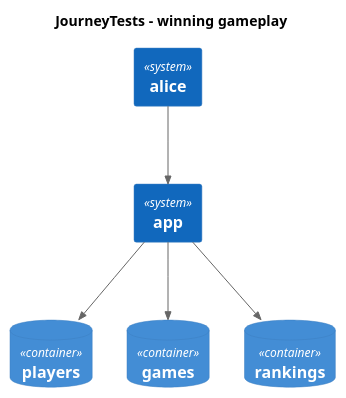
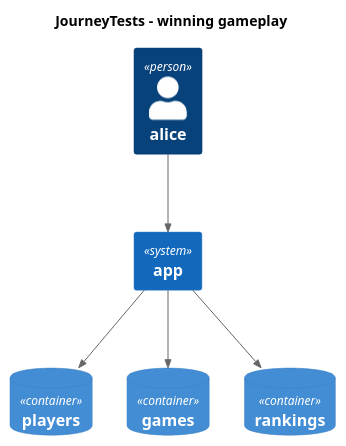
The diagram in docs/system/generated/JourneyTests - winning gameplay - Interactions.puml (th3n3rd/http4k-playground), drawn with PlantUML before and after one commit. The commit also changed 4 other files, not shown here.

Commit message:
Fix generated diagrams by adding tags to metadata so to mark players' traces

```diff
--- a/docs/system/generated/JourneyTests - winning gameplay - Interactions.puml
+++ b/docs/system/generated/JourneyTests - winning gameplay - Interactions.puml
@@ -1,16 +1,16 @@
 @startuml
 title JourneyTests - winning gameplay
 
 !include https://raw.githubusercontent.com/plantuml-stdlib/C4-PlantUML/master/C4_Container.puml
 
 
-System(alice, "alice")
+Person(alice, "alice")
 System(app, "app")
 ContainerDb(players, "players")
 ContainerDb(games, "games")
 ContainerDb(rankings, "rankings")    
 Rel_D(alice, app, " ") 
 Rel_D(app, players, " ") 
 Rel_D(app, games, " ") 
 Rel_D(app, rankings, " ")     
 @enduml
```
